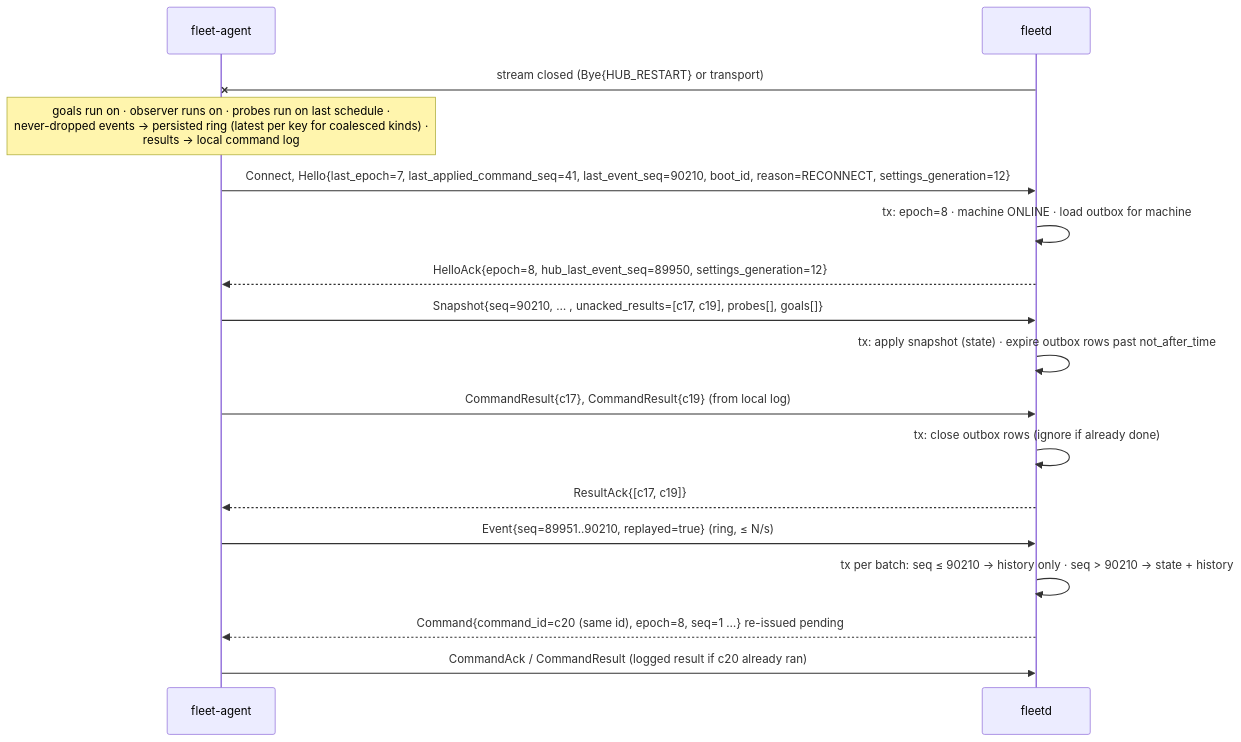
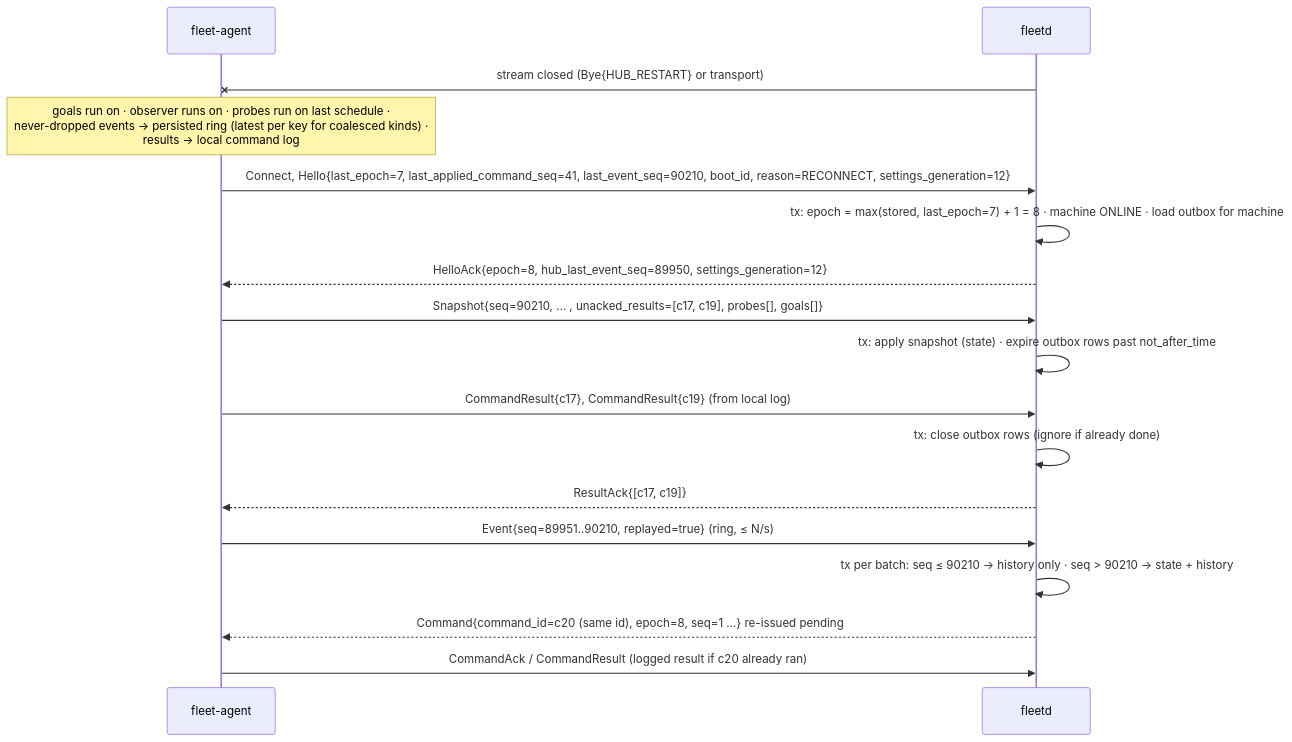
The third of 4 diagrams in docs/specs/03-workflows.md (linuxdynasty/fleet-board), drawn with Mermaid before and after one commit. The commit also changed other lines of this file and 29 other files, not shown here.

````diff
--- a/docs/specs/03-workflows.md
+++ b/docs/specs/03-workflows.md
@@ -240,19 +241,19 @@
 ```mermaid
 sequenceDiagram
   participant A as fleet-agent
   participant H as fleetd
   H-xA: stream closed (Bye{HUB_RESTART} or transport)
   Note over A: goals run on · observer runs on · probes run on last schedule ·<br/>never-dropped events → persisted ring (latest per key for coalesced kinds) ·<br/>results → local command log
   A->>H: Connect, Hello{last_epoch=7, last_applied_command_seq=41, last_event_seq=90210, boot_id, reason=RECONNECT, settings_generation=12}
-  H->>H: tx: epoch=8 · machine ONLINE · load outbox for machine
+  H->>H: tx: epoch = max(stored, last_epoch=7) + 1 = 8 · machine ONLINE · load outbox for machine
   H-->>A: HelloAck{epoch=8, hub_last_event_seq=89950, settings_generation=12}
   A->>H: Snapshot{seq=90210, … , unacked_results=[c17, c19], probes[], goals[]}
   H->>H: tx: apply snapshot (state) · expire outbox rows past not_after_time
   A->>H: CommandResult{c17}, CommandResult{c19} (from local log)
   H->>H: tx: close outbox rows (ignore if already done)
   H-->>A: ResultAck{[c17, c19]}
   A->>H: Event{seq=89951..90210, replayed=true} (ring, ≤ N/s)
   H->>H: tx per batch: seq ≤ 90210 → history only · seq > 90210 → state + history
   H-->>A: Command{command_id=c20 (same id), epoch=8, seq=1 …} re-issued pending
   A->>H: CommandAck / CommandResult (logged result if c20 already ran)
 ```
````
